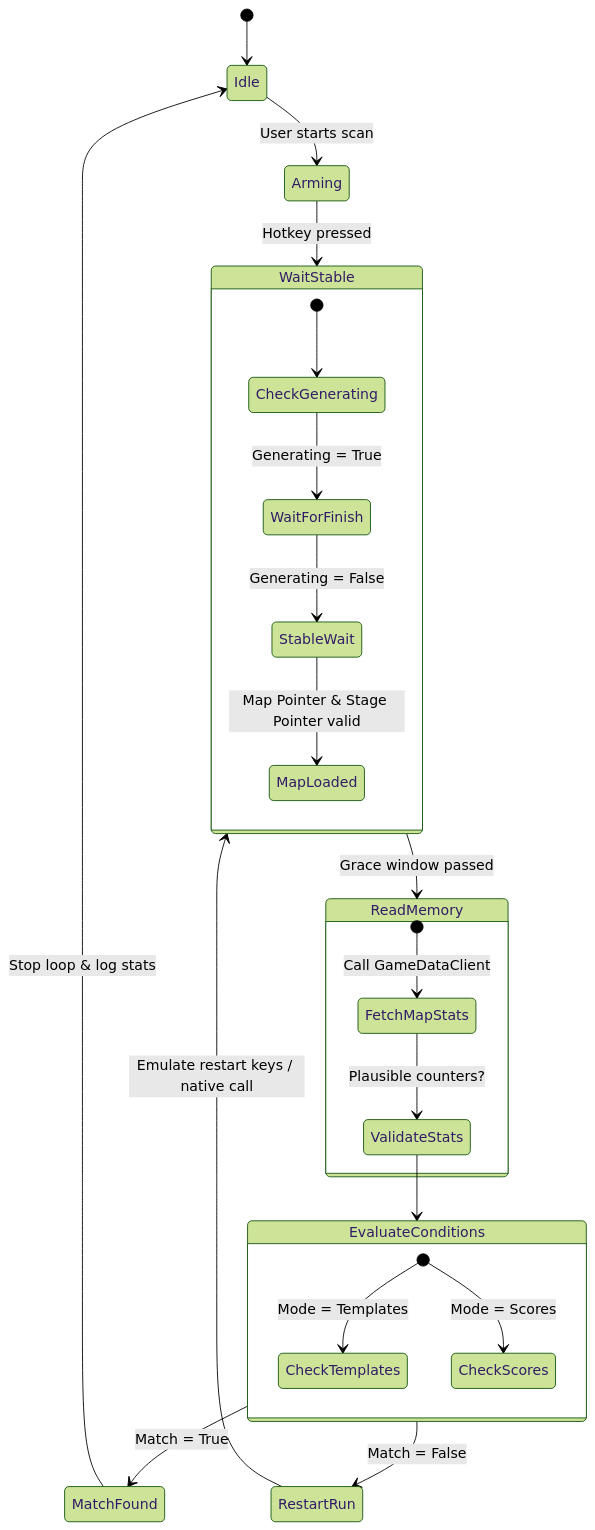
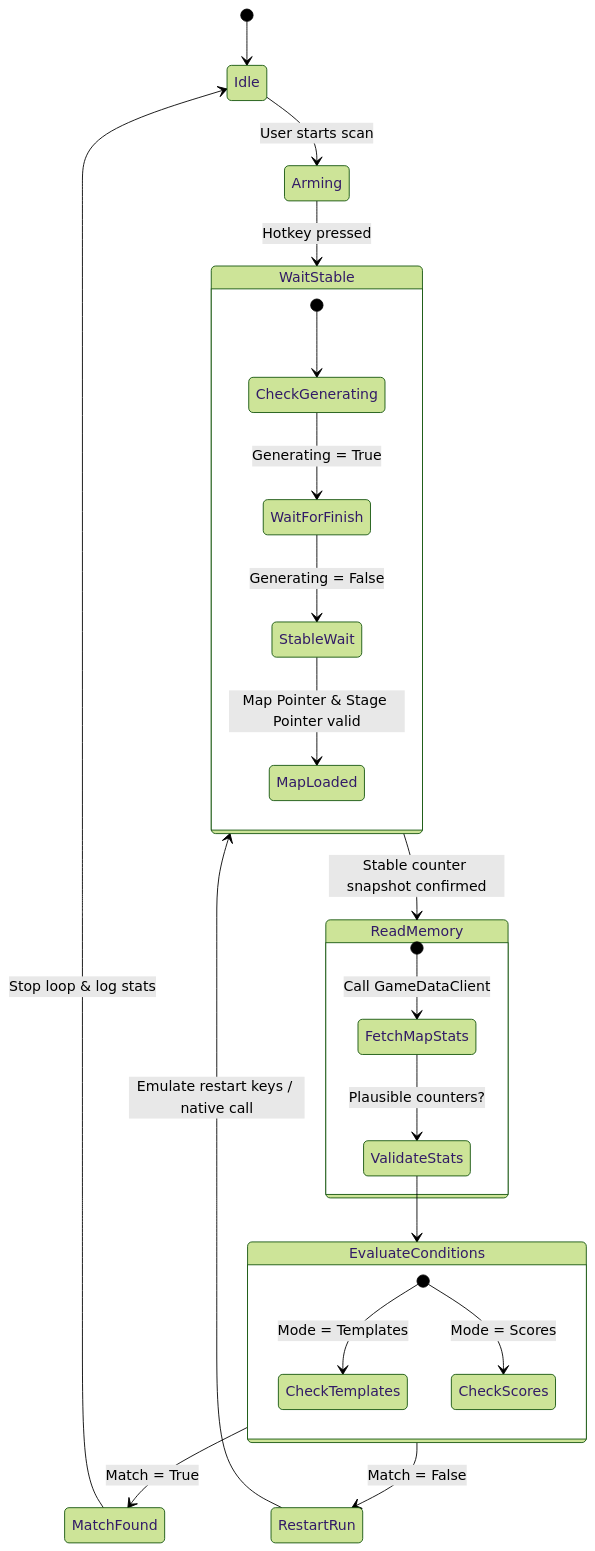
One commit to ALuiell/BonkScanner changed the diagram in docs/wiki/Scanner_and_Evaluation.md. Above: the diagram before and after it, drawn with Mermaid (forest theme). The commit also changed other lines of this file and 30 other files, not shown here.

````diff
--- a/docs/wiki/Scanner_and_Evaluation.md
+++ b/docs/wiki/Scanner_and_Evaluation.md
@@ -15,33 +18,33 @@
 ```mermaid
 stateDiagram-v2
     [*] --> Idle
     Idle --> Arming : User starts scan
     Arming --> WaitStable : Hotkey pressed
 
     state WaitStable {
         [*] --> CheckGenerating
         CheckGenerating --> WaitForFinish : Generating = True
         WaitForFinish --> StableWait : Generating = False
         StableWait --> MapLoaded : Map Pointer & Stage Pointer valid
     }
 
-    WaitStable --> ReadMemory : Grace window passed
+    WaitStable --> ReadMemory : Stable counter snapshot confirmed
 
     state ReadMemory {
         [*] --> FetchMapStats : Call GameDataClient
         FetchMapStats --> ValidateStats : Plausible counters?
     }
 
     ValidateStats --> EvaluateConditions
 
     state EvaluateConditions {
         [*] --> CheckTemplates : Mode = Templates
         [*] --> CheckScores : Mode = Scores
     }
 
     EvaluateConditions --> MatchFound : Match = True
     EvaluateConditions --> RestartRun : Match = False
 
     RestartRun --> WaitStable : Emulate restart keys / native call
     MatchFound --> Idle : Stop loop & log stats
 ```
````
